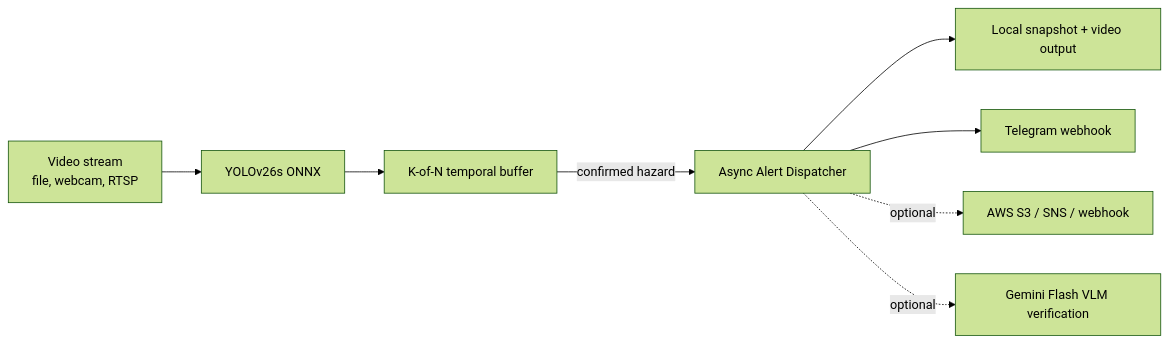
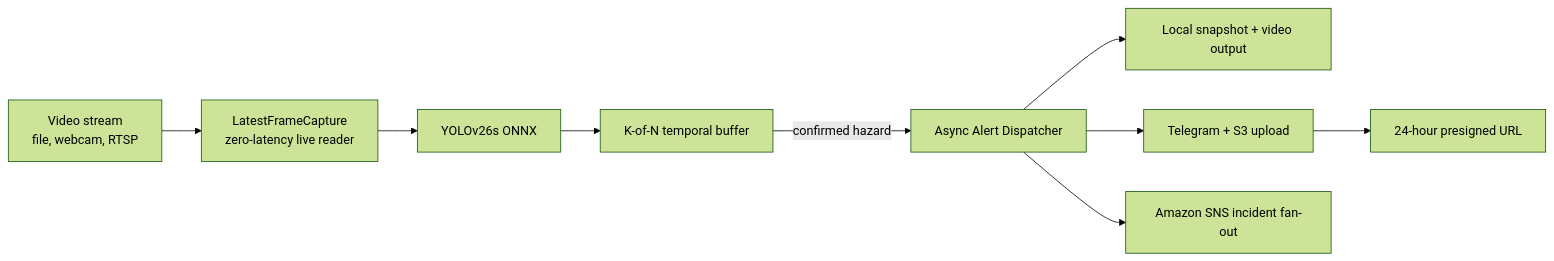
One commit to Viseth101/DL_Fire_And_Smoke_Detection_YOLO changed the diagram in README.md. Above: the diagram before and after it, drawn with Mermaid (forest theme). The commit also changed other lines of this file and 4 other files, not shown here.

First line of the commit message:
feat: add AWS S3 and SNS incident alert pipeline

````diff
--- a/README.md
+++ b/README.md
@@ -19,10 +19,11 @@
 ```mermaid
 flowchart LR
-    A[Video stream<br/>file, webcam, RTSP] --> B[YOLOv26s ONNX]
-    B --> C[K-of-N temporal buffer]
-    C -->|confirmed hazard| D[Async Alert Dispatcher]
-    D --> E[Local snapshot + video output]
-    D --> F[Telegram webhook]
-    D -. optional .-> G[AWS S3 / SNS / webhook]
-    D -. optional .-> H[Gemini Flash VLM verification]
+    A[Video stream<br/>file, webcam, RTSP] --> B[LatestFrameCapture<br/>zero-latency live reader]
+    B --> C[YOLOv26s ONNX]
+    C --> D[K-of-N temporal buffer]
+    D -->|confirmed hazard| E[Async Alert Dispatcher]
+    E --> F[Local snapshot + video output]
+    E --> G[Telegram + S3 upload]
+    G --> H[24-hour presigned URL]
+    E --> I[Amazon SNS incident fan-out]
 ```
````
